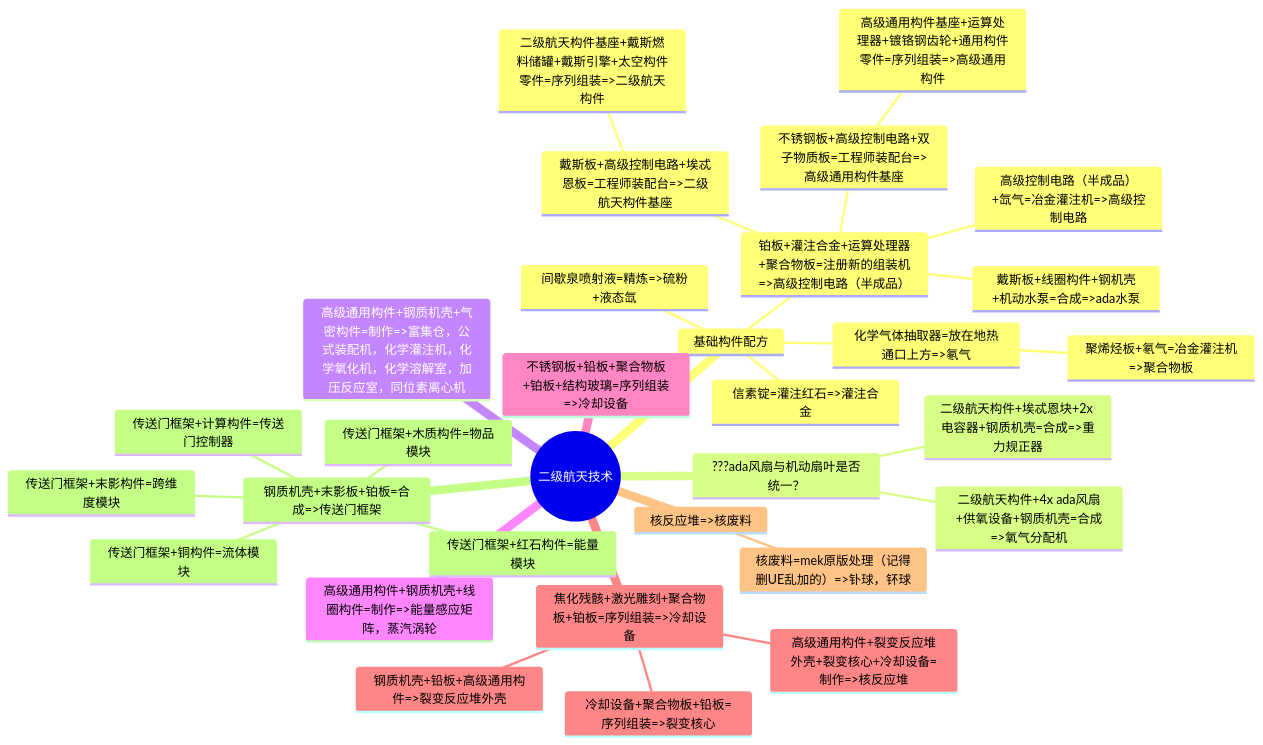
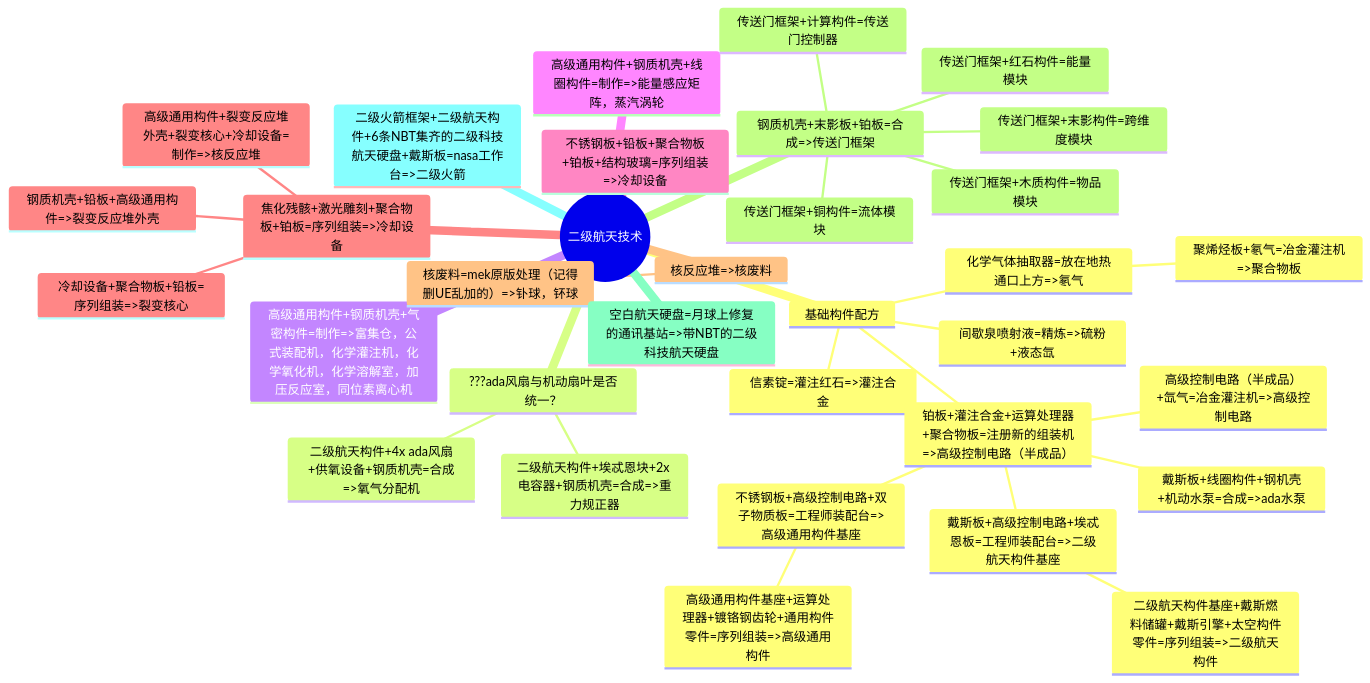
The second of 3 diagrams in Developer/TechTreeMap.md (VechniMetel/CodeNameCIM2), drawn with Mermaid before and after one commit. The commit also changed other lines of this file, not shown here.

````diff
--- a/Developer/TechTreeMap.md
+++ b/Developer/TechTreeMap.md
@@ -42,34 +42,36 @@
 ``` mermaid
 mindmap
     root((二级航天技术))
         基础构件配方
             信素锭=灌注红石=>灌注合金
             间歇泉喷射液=精炼=>硫粉+液态氙
             化学气体抽取器=放在地热通口上方=>氡气
                 聚烯烃板+氡气=冶金灌注机=>聚合物板
             铂板+灌注合金+运算处理器+聚合物板=注册新的组装机=>高级控制电路（半成品）
                 高级控制电路（半成品）+氙气=冶金灌注机=>高级控制电路
                 戴斯板+高级控制电路+埃忒恩板=工程师装配台=>二级航天构件基座
                     二级航天构件基座+戴斯燃料储罐+戴斯引擎+太空构件零件=序列组装=>二级航天构件
                 不锈钢板+高级控制电路+双子物质板=工程师装配台=>高级通用构件基座
                     高级通用构件基座+运算处理器+镀铬钢齿轮+通用构件零件=序列组装=>高级通用构件
                 戴斯板+线圈构件+钢机壳+机动水泵=合成=>ada水泵
         ???ada风扇与机动扇叶是否统一？
             二级航天构件+4x ada风扇+供氧设备+钢质机壳=合成=>氧气分配机
             二级航天构件+埃忒恩块+2x 电容器+钢质机壳=合成=>重力规正器
         高级通用构件+钢质机壳+气密构件=制作=>富集仓，公式装配机，化学灌注机，化学氧化机，化学溶解室，加压反应室，同位素离心机
         高级通用构件+钢质机壳+线圈构件=制作=>能量感应矩阵，蒸汽涡轮
         不锈钢板+铅板+聚合物板+铂板+结构玻璃=序列组装=>冷却设备
         焦化残骸+激光雕刻+聚合物板+铂板=序列组装=>冷却设备
             冷却设备+聚合物板+铅板=序列组装=>裂变核心
             钢质机壳+铅板+高级通用构件=>裂变反应堆外壳
             高级通用构件+裂变反应堆外壳+裂变核心+冷却设备=制作=>核反应堆
         核反应堆=>核废料
             核废料=mek原版处理（记得删UE乱加的）=>钋球，钚球
         钢质机壳+末影板+铂板=合成=>传送门框架
             传送门框架+计算构件=传送门控制器
             传送门框架+木质构件=物品模块
             传送门框架+铜构件=流体模块
             传送门框架+红石构件=能量模块
             传送门框架+末影构件=跨维度模块
+        空白航天硬盘=月球上修复的通讯基站=>带NBT的二级科技航天硬盘
+        二级火箭框架+二级航天构件+6条NBT集齐的二级科技航天硬盘+戴斯板=nasa工作台=>二级火箭
 ```
````
